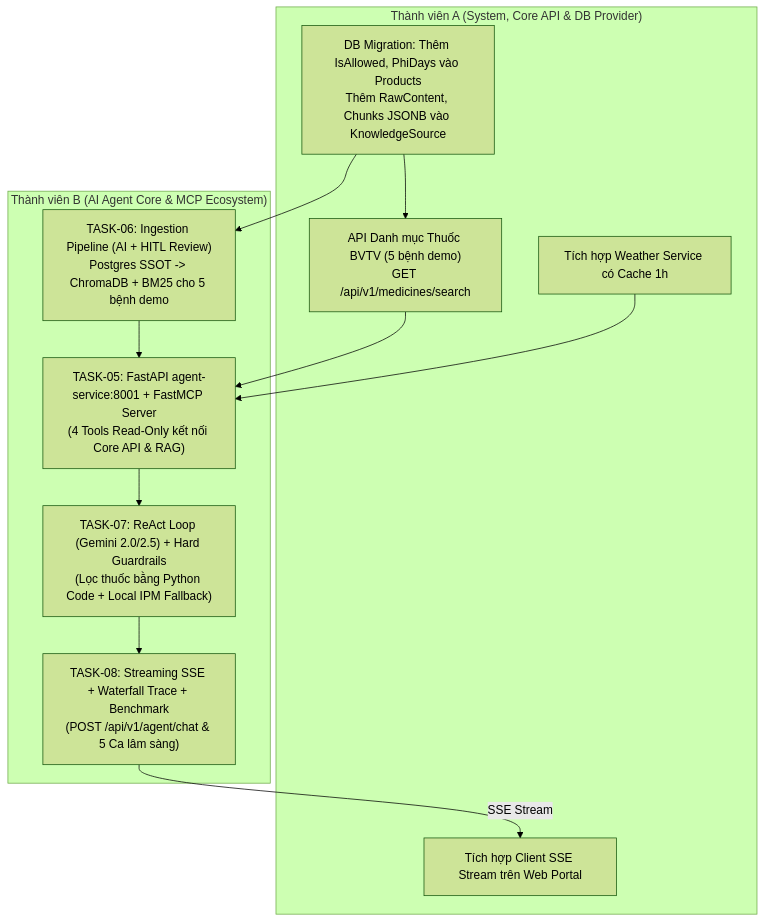
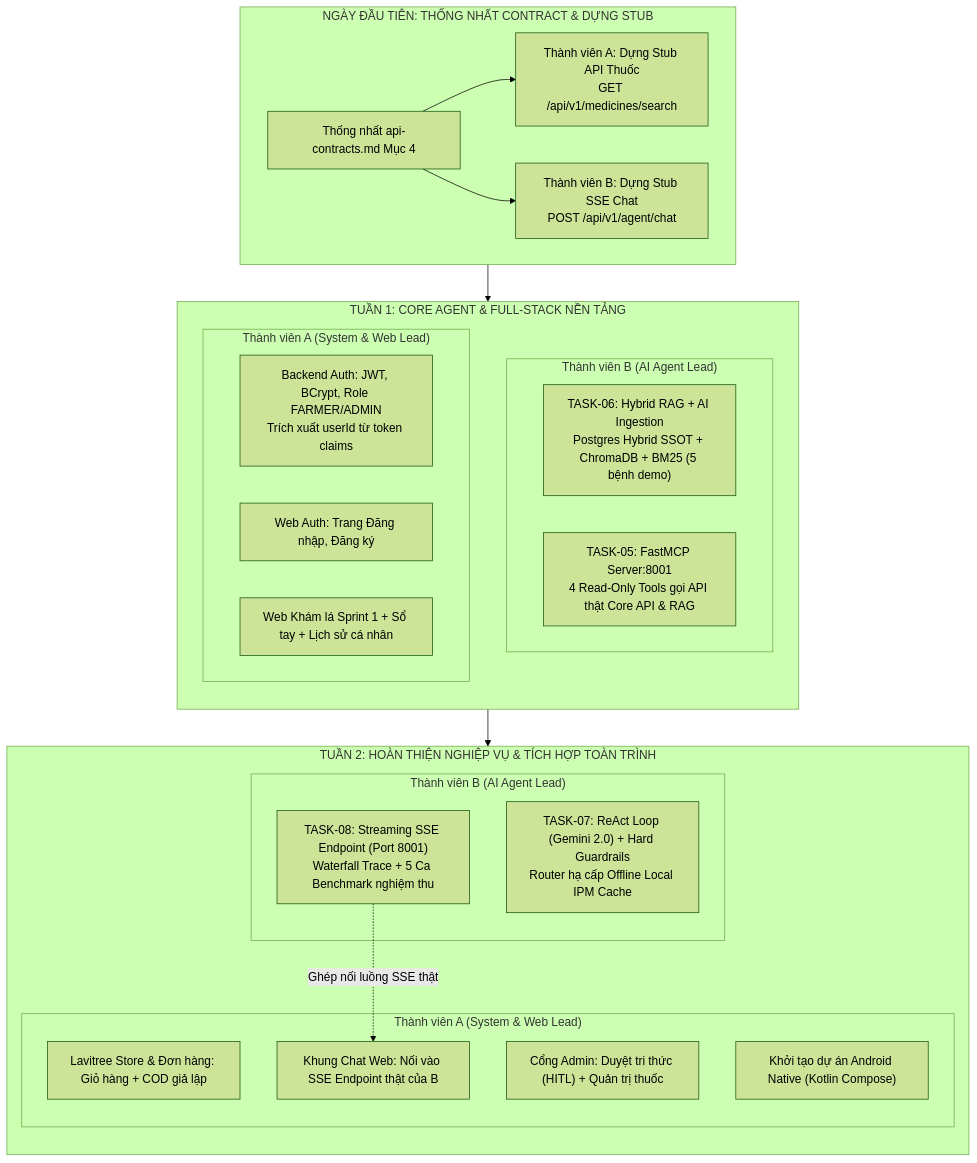
Before and after one commit to duanhap/LAVITREE: the diagram in docs/planning/sprint-02.md, drawn with Mermaid (forest theme). The commit also changed other lines of this file and 2 other files, not shown here.

Commit message:
docs: add sprint 02 planning, todo list, and worklog

````diff
--- a/docs/planning/sprint-02.md
+++ b/docs/planning/sprint-02.md
@@ -38,25 +44,41 @@
 ```mermaid
 flowchart TD
-    subgraph Member_A["Thành viên A (System, Core API & DB Provider)"]
-        A0["DB Migration: Thêm IsAllowed, PhiDays vào Products<br/>Thêm RawContent, Chunks JSONB vào KnowledgeSource"]
-        A1["API Danh mục Thuốc BVTV (5 bệnh demo)<br/>GET /api/v1/medicines/search"]
-        A2["Tích hợp Weather Service có Cache 1h"]
-        A3["Tích hợp Client SSE Stream trên Web Portal"]
+    subgraph Day1["NGÀY ĐẦU TIÊN: THỐNG NHẤT CONTRACT & DỰNG STUB"]
+        D1["Thống nhất api-contracts.md Mục 4"]
+        SA["Thành viên A: Dựng Stub API Thuốc<br/>GET /api/v1/medicines/search"]
+        SB["Thành viên B: Dựng Stub SSE Chat<br/>POST /api/v1/agent/chat"]
+        D1 --> SA
+        D1 --> SB
     end
 
-    subgraph Member_B["Thành viên B (AI Agent Core & MCP Ecosystem)"]
-        B0["TASK-06: Ingestion Pipeline (AI + HITL Review)<br/>Postgres SSOT -> ChromaDB + BM25 cho 5 bệnh demo"]
-        B1["TASK-05: FastAPI agent-service:8001 + FastMCP Server<br/>(4 Tools Read-Only kết nối Core API & RAG)"]
-        B2["TASK-07: ReAct Loop (Gemini 2.0/2.5) + Hard Guardrails<br/>(Lọc thuốc bằng Python Code + Local IPM Fallback)"]
-        B3["TASK-08: Streaming SSE + Waterfall Trace + Benchmark<br/>(POST /api/v1/agent/chat & 5 Ca lâm sàng)"]
+    subgraph Week1["TUẦN 1: CORE AGENT & FULL-STACK NỀN TẢNG"]
+        direction TB
+        subgraph TrackB_W1["Thành viên B (AI Agent Lead)"]
+            B1["TASK-06: Hybrid RAG + AI Ingestion<br/>Postgres Hybrid SSOT + ChromaDB + BM25 (5 bệnh demo)"]
+            B2["TASK-05: FastMCP Server:8001<br/>4 Read-Only Tools gọi API thật Core API & RAG"]
+        end
+        subgraph TrackA_W1["Thành viên A (System & Web Lead)"]
+            A1["Backend Auth: JWT, BCrypt, Role FARMER/ADMIN<br/>Trích xuất userId từ token claims"]
+            A2["Web Auth: Trang Đăng nhập, Đăng ký"]
+            A3["Web Khám lá Sprint 1 + Sổ tay + Lịch sử cá nhân"]
+        end
     end
 
-    A0 --> A1
-    A0 --> B0
-    A1 --> B1
-    A2 --> B1
-    B0 --> B1
-    B1 --> B2
-    B2 --> B3
-    B3 -->|SSE Stream| A3
+    subgraph Week2["TUẦN 2: HOÀN THIỆN NGHIỆP VỤ & TÍCH HỢP TOÀN TRÌNH"]
+        direction TB
+        subgraph TrackB_W2["Thành viên B (AI Agent Lead)"]
+            B3["TASK-07: ReAct Loop (Gemini 2.0) + Hard Guardrails<br/>Router hạ cấp Offline Local IPM Cache"]
+            B4["TASK-08: Streaming SSE Endpoint (Port 8001)<br/>Waterfall Trace + 5 Ca Benchmark nghiệm thu"]
+        end
+        subgraph TrackA_W2["Thành viên A (System & Web Lead)"]
+            A4["Lavitree Store & Đơn hàng: Giỏ hàng + COD giả lập"]
+            A5["Cổng Admin: Duyệt tri thức (HITL) + Quản trị thuốc"]
+            A6["Khung Chat Web: Nối vào SSE Endpoint thật của B"]
+            A7["Khởi tạo dự án Android Native (Kotlin Compose)"]
+        end
+    end
+
+    Day1 --> Week1
+    Week1 --> Week2
+    B4 -.->|Ghép nối luồng SSE thật| A6
 ```
````
